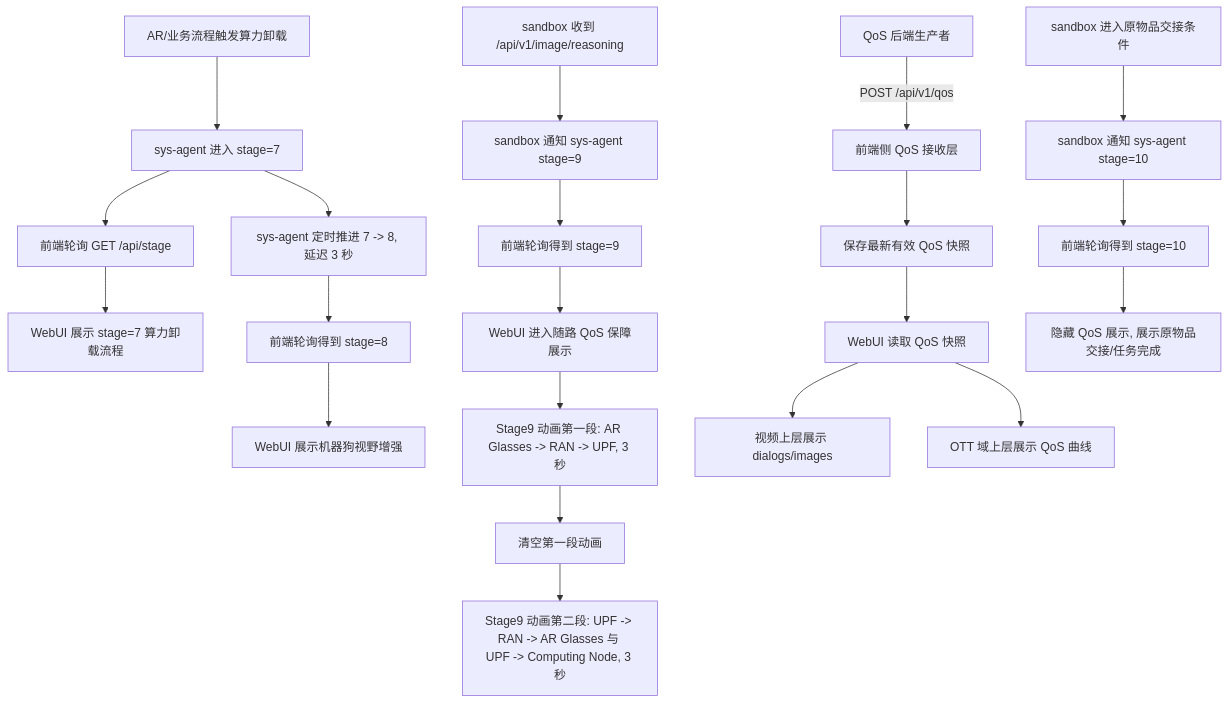
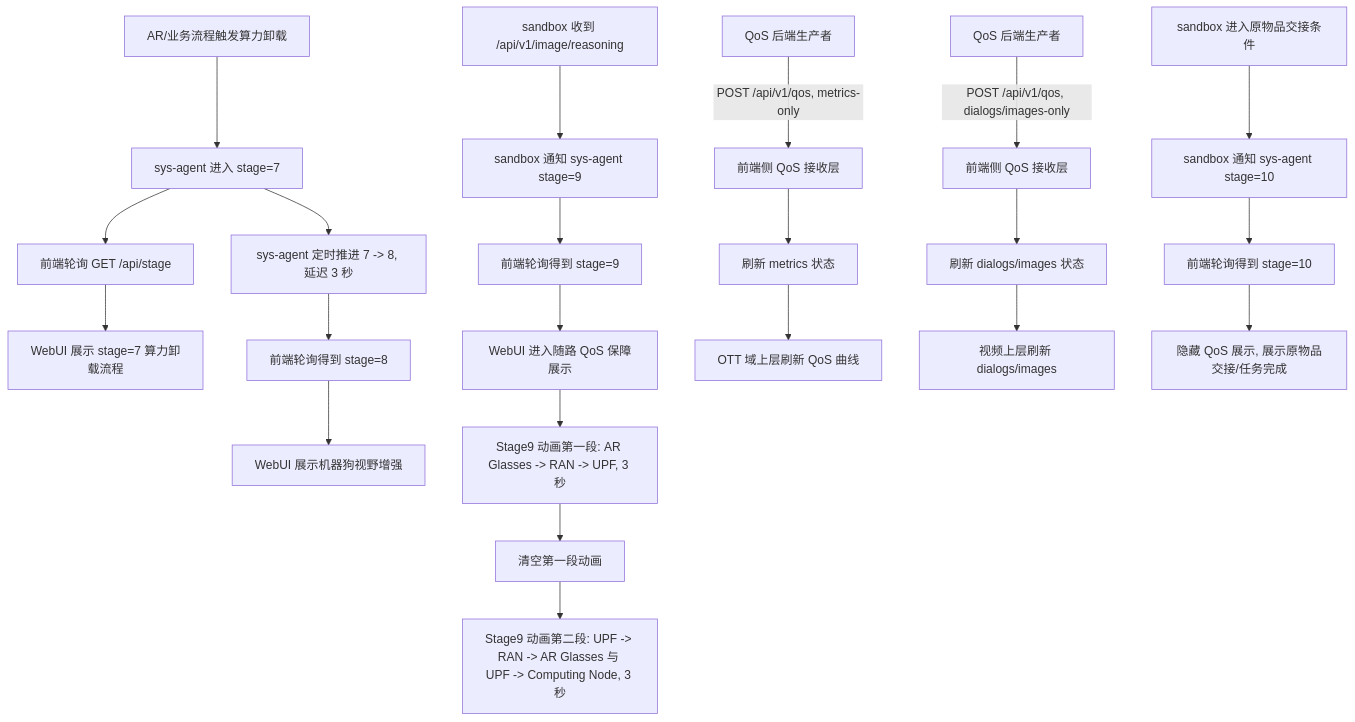
Before and after one commit to 6g-core/compute-webui: the second of 4 diagrams in docs/superpowers/specs/2026-07-28-qos-stage9-design.md, drawn with Mermaid. The commit also changed other lines of this file, not shown here.

````diff
--- a/docs/superpowers/specs/2026-07-28-qos-stage9-design.md
+++ b/docs/superpowers/specs/2026-07-28-qos-stage9-design.md
@@ -77,26 +81,28 @@
 ```mermaid
 flowchart TD
     A[AR/业务流程触发算力卸载] --> B[sys-agent 进入 stage=7]
     B --> C[前端轮询 GET /api/stage]
     C --> D[WebUI 展示 stage=7 算力卸载流程]
     B --> E[sys-agent 定时推进 7 -> 8, 延迟 3 秒]
     E --> F[前端轮询得到 stage=8]
     F --> G[WebUI 展示机器狗视野增强]
 
     H[sandbox 收到 /api/v1/image/reasoning] --> I[sandbox 通知 sys-agent stage=9]
     I --> J[前端轮询得到 stage=9]
     J --> K[WebUI 进入随路 QoS 保障展示]
     K --> K1[Stage9 动画第一段: AR Glasses -> RAN -> UPF, 3 秒]
     K1 --> K2[清空第一段动画]
     K2 --> K3[Stage9 动画第二段: UPF -> RAN -> AR Glasses 与 UPF -> Computing Node, 3 秒]
 
-    Q[QoS 后端生产者] -->|POST /api/v1/qos| R[前端侧 QoS 接收层]
-    R --> S[保存最新有效 QoS 快照]
-    S --> T[WebUI 读取 QoS 快照]
-    T --> U[视频上层展示 dialogs/images]
-    T --> V[OTT 域上层展示 QoS 曲线]
+    QM[QoS 后端生产者] -->|POST /api/v1/qos, metrics-only| RM[前端侧 QoS 接收层]
+    RM --> SM[刷新 metrics 状态]
+    SM --> V[OTT 域上层刷新 QoS 曲线]
+
+    QD[QoS 后端生产者] -->|POST /api/v1/qos, dialogs/images-only| RD[前端侧 QoS 接收层]
+    RD --> SD[刷新 dialogs/images 状态]
+    SD --> U[视频上层刷新 dialogs/images]
 
     W[sandbox 进入原物品交接条件] --> X[sandbox 通知 sys-agent stage=10]
     X --> Y[前端轮询得到 stage=10]
     Y --> Z[隐藏 QoS 展示, 展示原物品交接/任务完成]
 ```
````
